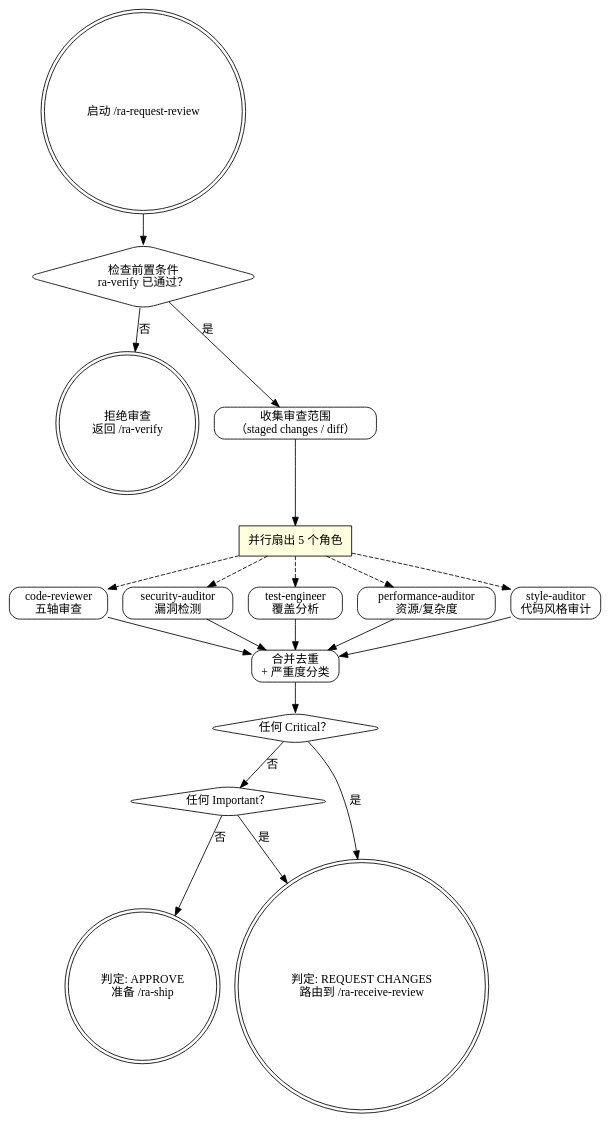
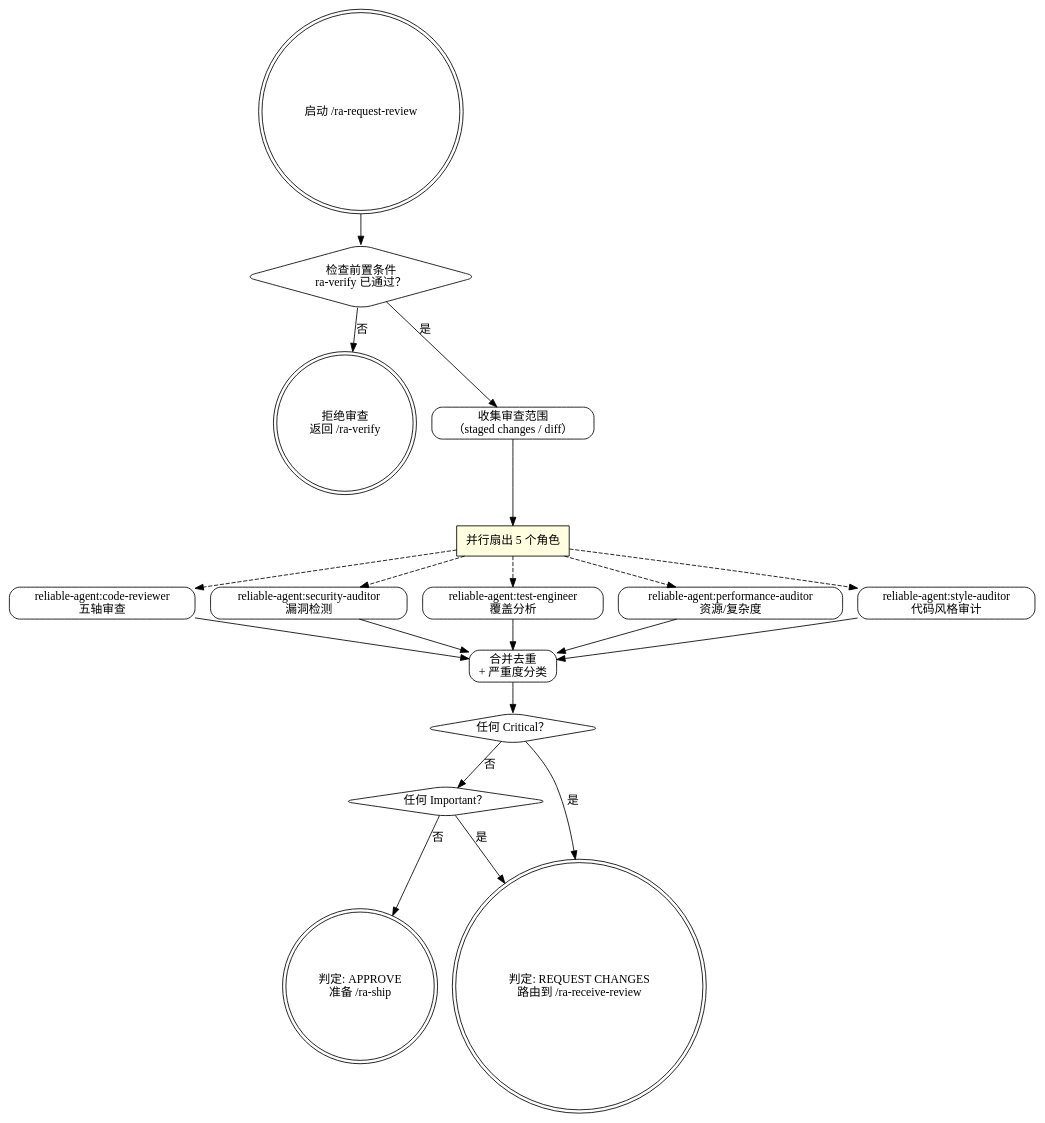
Before and after one commit to sueichen/reliable-agent: the diagram in skills/ra-request-review/SKILL.md, drawn with Graphviz.

Commit message:
fix(ra-request-review): add reliable-agent: prefix to DOT graph node labels
Commit 6690d08 added the reliable-agent: prefix to Step 3 text and the
command file, but missed the DOT graph node labels. Since the DOT graph
is the authoritative process definition, the AI extracted unprefixed
agent type names (e.g., "code-reviewer") from the labels, causing the
first Agent tool call to fail and requiring a self-correction retry.

This fix aligns the DOT labels with Step 3 text, eliminating the
inconsistency and the ~1-2.5s self-correction overhead per review.

````diff
--- a/skills/ra-request-review/SKILL.md
+++ b/skills/ra-request-review/SKILL.md
@@ -28,42 +28,42 @@
 ```dot
 digraph reliable_request_review {
     rankdir=TB;
     node [shape=box, style=rounded];
 
     start [label="启动 /ra-request-review", shape=doublecircle];
     preflight [label="检查前置条件\nra-verify 已通过？", shape=diamond];
     reject [label="拒绝审查\n返回 /ra-verify", shape=doublecircle];
     scope [label="收集审查范围\n（staged changes / diff）"];
     parallel [label="并行扇出 5 个角色", shape=box style=filled fillcolor=lightyellow];
-    reviewer [label="code-reviewer\n五轴审查", shape=box];
-    security [label="security-auditor\n漏洞检测", shape=box];
-    test_eng [label="test-engineer\n覆盖分析", shape=box];
-    perf [label="performance-auditor\n资源/复杂度", shape=box];
-    style [label="style-auditor\n代码风格审计", shape=box];
+    reviewer [label="reliable-agent:code-reviewer\n五轴审查", shape=box];
+    security [label="reliable-agent:security-auditor\n漏洞检测", shape=box];
+    test_eng [label="reliable-agent:test-engineer\n覆盖分析", shape=box];
+    perf [label="reliable-agent:performance-auditor\n资源/复杂度", shape=box];
+    style [label="reliable-agent:style-auditor\n代码风格审计", shape=box];
     merge [label="合并去重\n+ 严重度分类"];
     any_critical [label="任何 Critical？", shape=diamond];
     any_important [label="任何 Important？", shape=diamond];
     verdict_changes [label="判定: REQUEST CHANGES\n路由到 /ra-receive-review", shape=doublecircle];
     verdict_approve [label="判定: APPROVE\n准备 /ra-ship", shape=doublecircle];
 
     start -> preflight;
     preflight -> reject [label="否"];
     preflight -> scope [label="是"];
     scope -> parallel;
     parallel -> reviewer [style=dashed];
     parallel -> security [style=dashed];
     parallel -> test_eng [style=dashed];
     parallel -> perf [style=dashed];
     parallel -> style [style=dashed];
     reviewer -> merge;
     security -> merge;
     test_eng -> merge;
     perf -> merge;
     style -> merge;
     merge -> any_critical;
     any_critical -> verdict_changes [label="是"];
     any_critical -> any_important [label="否"];
     any_important -> verdict_changes [label="是"];
     any_important -> verdict_approve [label="否"];
 }
 ```
````
